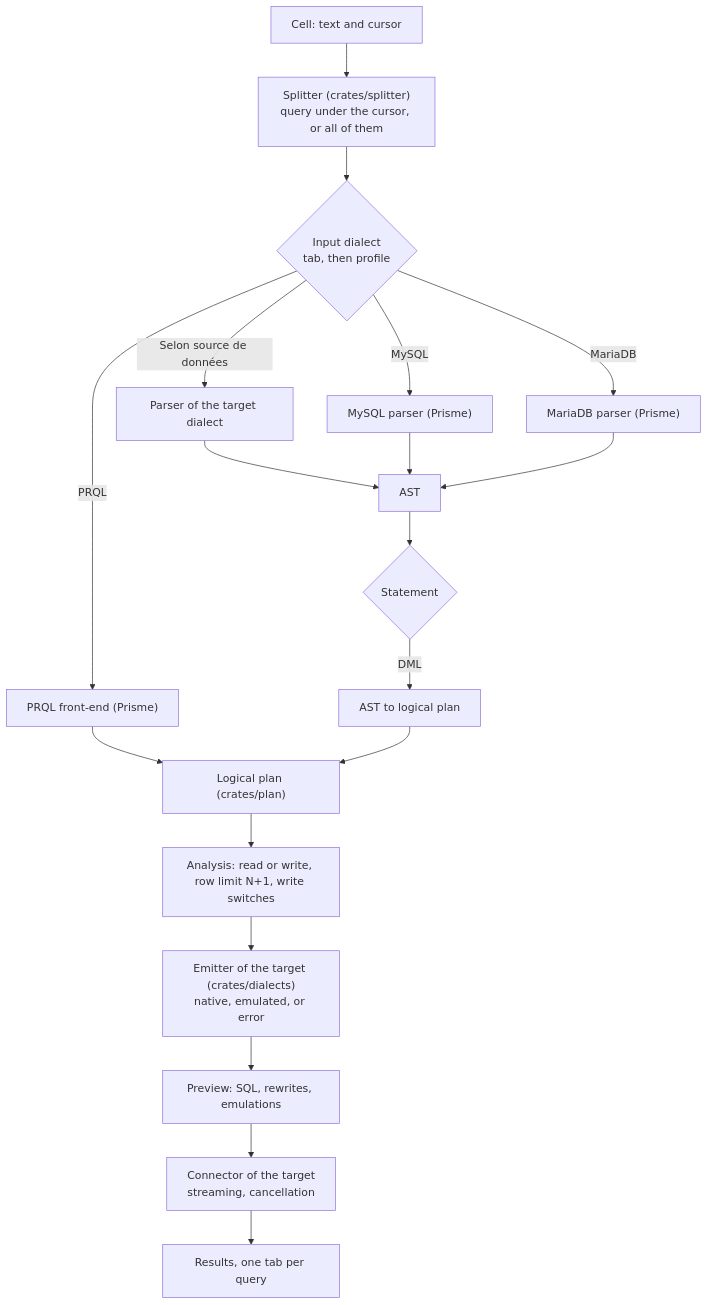
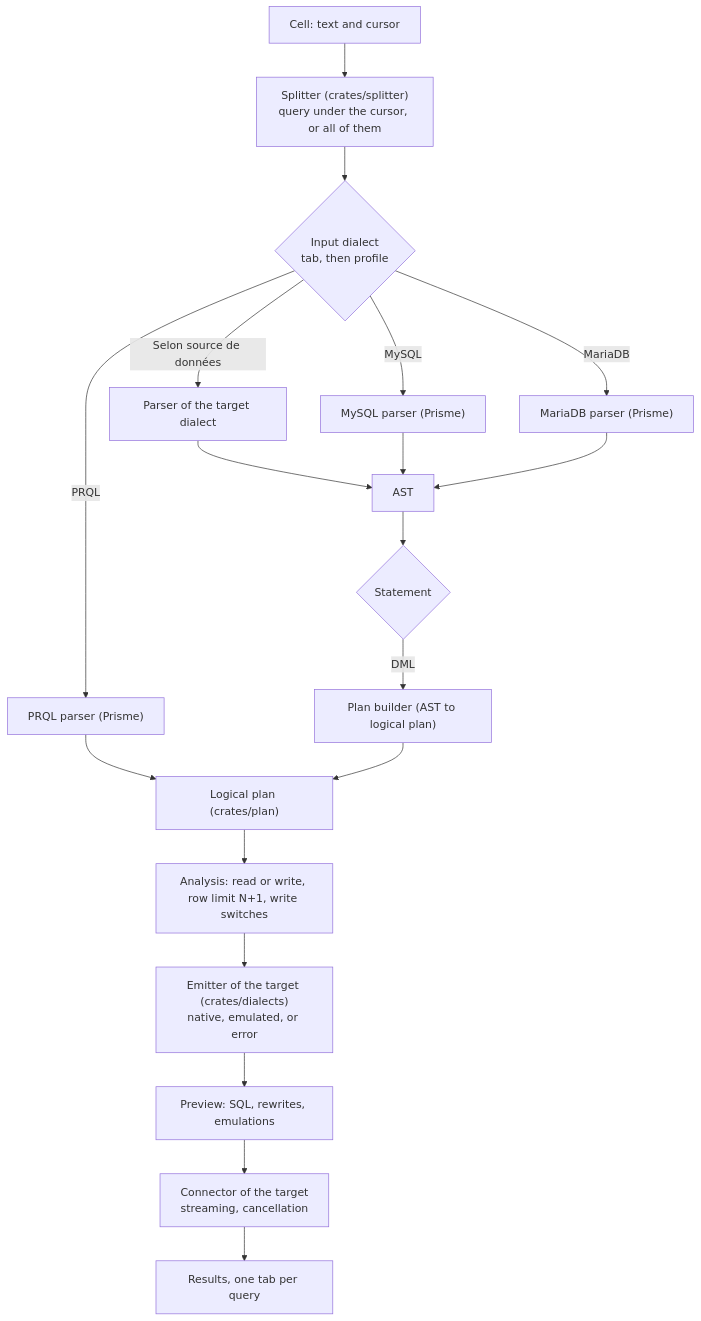
The diagram in docs/V1.md (sfaut/prisme), drawn with Mermaid before and after one commit. The commit also changed other lines of this file and 1 other file, not shown here.

Commit message:
Name the stages of the transpilation: parser, plan builder, emitter

````diff
--- a/docs/V1.md
+++ b/docs/V1.md
@@ -161,21 +161,21 @@
 ```mermaid
 flowchart TD
     A["Cell: text and cursor"] --> B["Splitter (crates/splitter)<br/>query under the cursor, or all of them"]
     B --> C{"Input dialect<br/>tab, then profile"}
     C -->|"Selon source de données"| D["Parser of the target dialect"]
     C -->|"MySQL"| E["MySQL parser (Prisme)"]
     C -->|"MariaDB"| F["MariaDB parser (Prisme)"]
-    C -->|"PRQL"| G["PRQL front-end (Prisme)"]
+    C -->|"PRQL"| G["PRQL parser (Prisme)"]
     D --> H["AST"]
     E --> H
     F --> H
     H --> I{"Statement"}
-    I -->|"DML"| K["AST to logical plan"]
+    I -->|"DML"| K["Plan builder (AST to logical plan)"]
     G --> L["Logical plan (crates/plan)"]
     K --> L
     L --> M["Analysis: read or write, row limit N+1, write switches"]
     M --> P["Emitter of the target (crates/dialects)<br/>native, emulated, or error"]
     P --> Q["Preview: SQL, rewrites, emulations"]
     Q --> R["Connector of the target<br/>streaming, cancellation"]
     R --> S["Results, one tab per query"]
 ```
````
